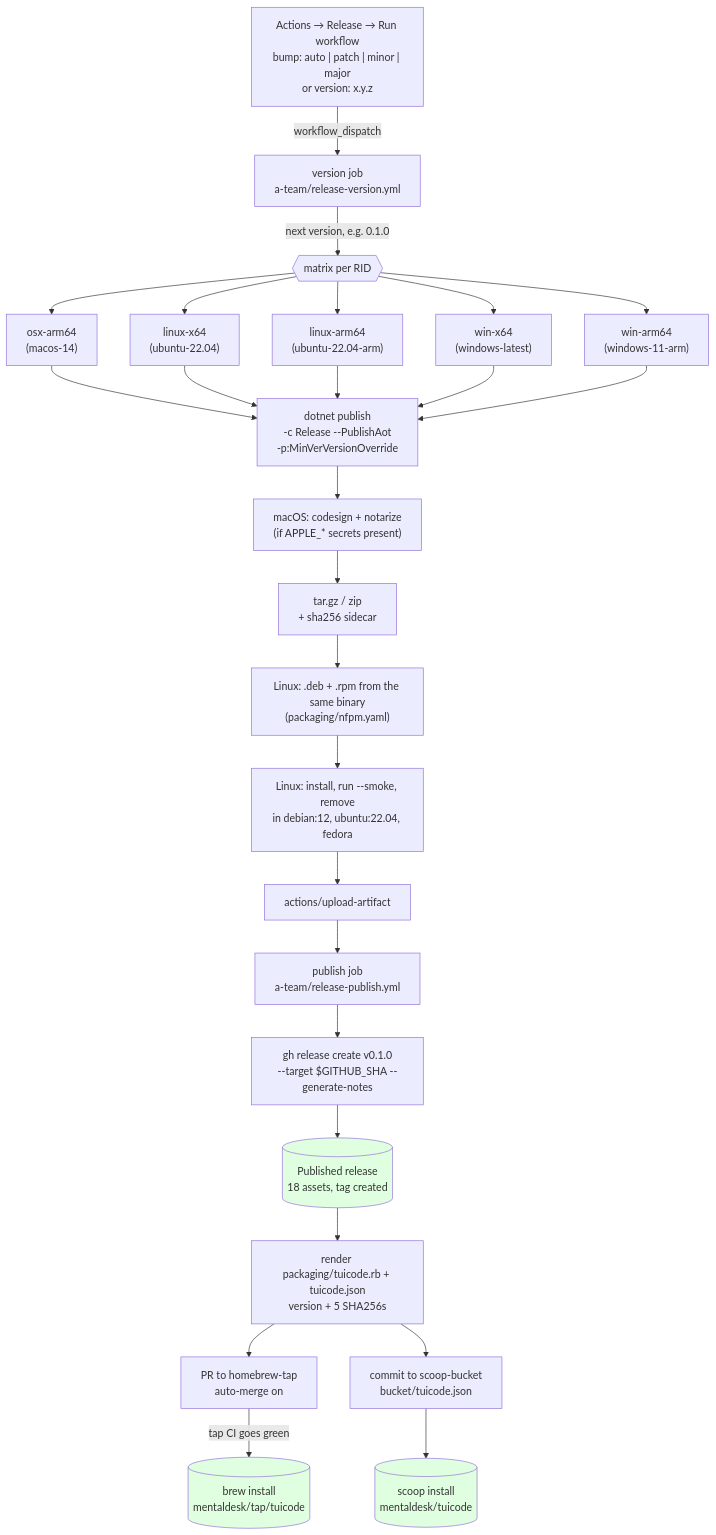
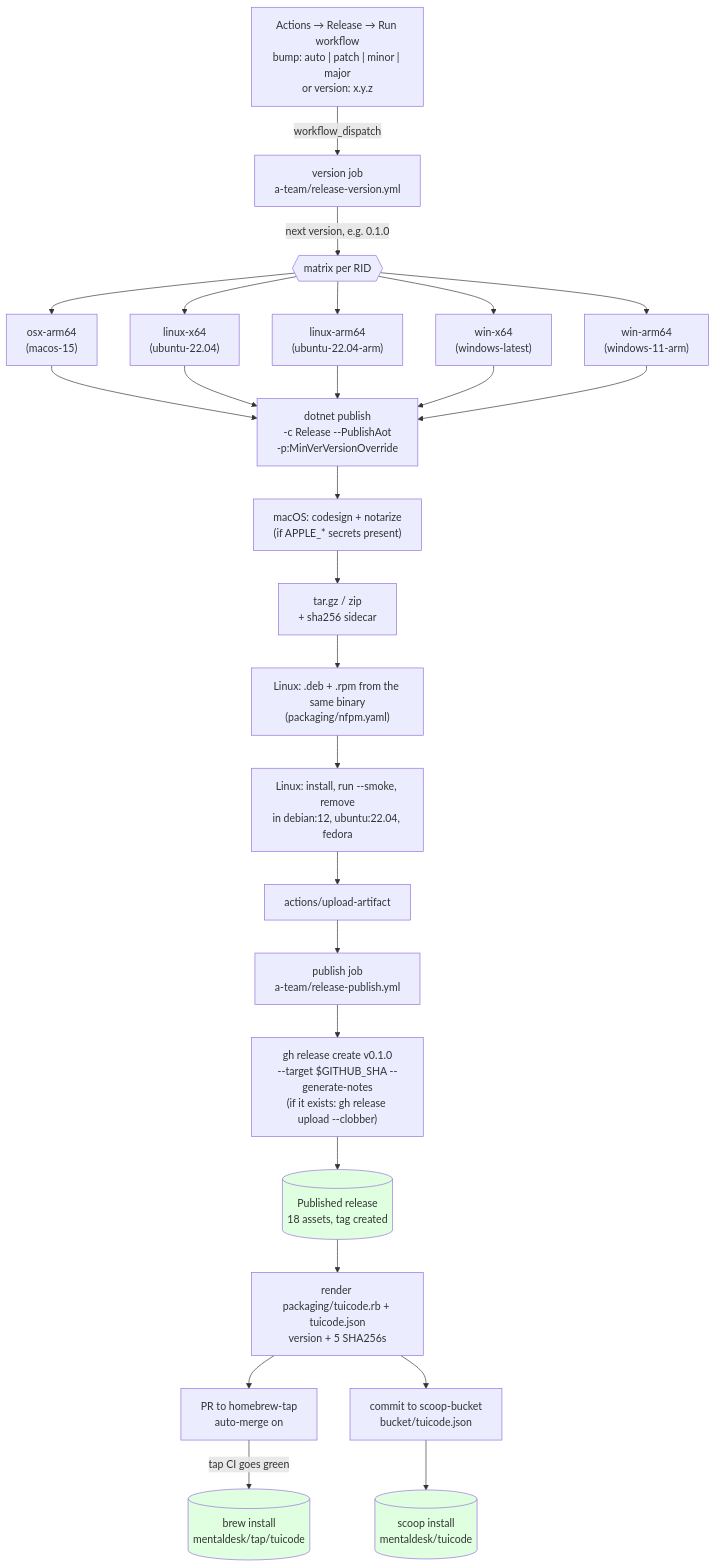
Before and after one commit to mentaldesk/TuiCode: the first of 2 diagrams in CONTRIBUTING.md, drawn with Mermaid. The commit also changed other lines of this file and 3 other files, not shown here.

````diff
--- a/CONTRIBUTING.md
+++ b/CONTRIBUTING.md
@@ -30,37 +30,37 @@
 ```mermaid
 flowchart TD
     Click["Actions → Release → Run workflow<br/>bump: auto | patch | minor | major<br/>or version: x.y.z"]
     Click -->|workflow_dispatch| Version["version job<br/>a-team/release-version.yml"]
     Version -->|"next version, e.g. 0.1.0"| Matrix{{"matrix per RID"}}
 
-    Matrix --> A["osx-arm64<br/>(macos-14)"]
+    Matrix --> A["osx-arm64<br/>(macos-15)"]
     Matrix --> B["linux-x64<br/>(ubuntu-22.04)"]
     Matrix --> C["linux-arm64<br/>(ubuntu-22.04-arm)"]
     Matrix --> D["win-x64<br/>(windows-latest)"]
     Matrix --> E["win-arm64<br/>(windows-11-arm)"]
 
     A --> Publish["dotnet publish<br/>-c Release --PublishAot<br/>-p:MinVerVersionOverride"]
     B --> Publish
     C --> Publish
     D --> Publish
     E --> Publish
 
     Publish --> Sign["macOS: codesign + notarize<br/>(if APPLE_* secrets present)"]
     Sign --> Archive["tar.gz / zip<br/>+ sha256 sidecar"]
     Archive --> Packages["Linux: .deb + .rpm from the same binary<br/>(packaging/nfpm.yaml)"]
     Packages --> Smoke["Linux: install, run --smoke, remove<br/>in debian:12, ubuntu:22.04, fedora"]
     Smoke --> Upload["actions/upload-artifact"]
 
     Upload --> Pub["publish job<br/>a-team/release-publish.yml"]
-    Pub --> Tag["gh release create v0.1.0<br/>--target $GITHUB_SHA --generate-notes"]
+    Pub --> Tag["gh release create v0.1.0<br/>--target $GITHUB_SHA --generate-notes<br/>(if it exists: gh release upload --clobber)"]
     Tag --> Public[("Published release<br/>18 assets, tag created")]
     Public --> Render["render packaging/tuicode.rb + tuicode.json<br/>version + 5 SHA256s"]
     Render --> TapPR["PR to homebrew-tap<br/>auto-merge on"]
     TapPR -->|tap CI goes green| Brew[("brew install<br/>mentaldesk/tap/tuicode")]
     Render --> Bucket["commit to scoop-bucket<br/>bucket/tuicode.json"]
     Bucket --> Scoop[("scoop install<br/>mentaldesk/tuicode")]
 
     style Public fill:#e0ffe0
     style Brew fill:#e0ffe0
     style Scoop fill:#e0ffe0
 ```
````
